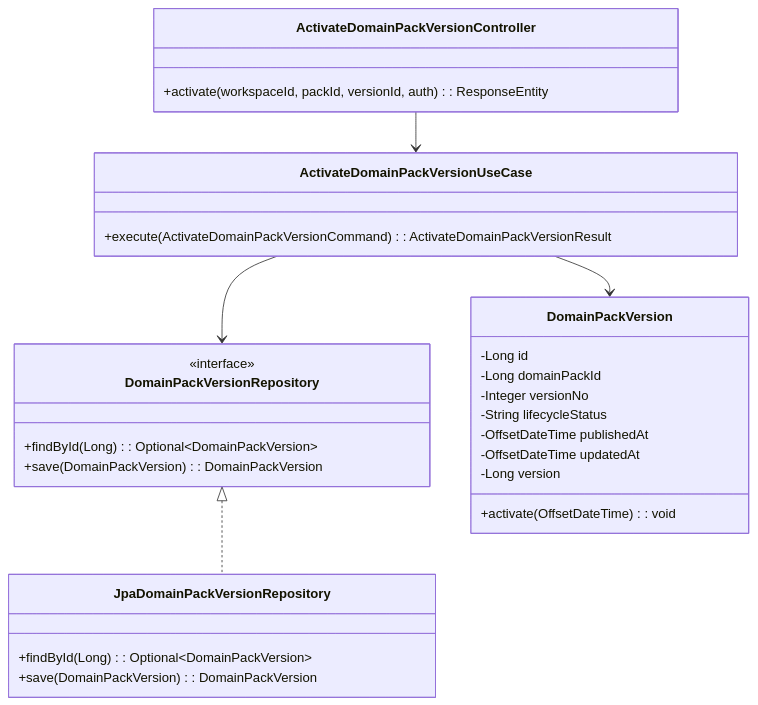
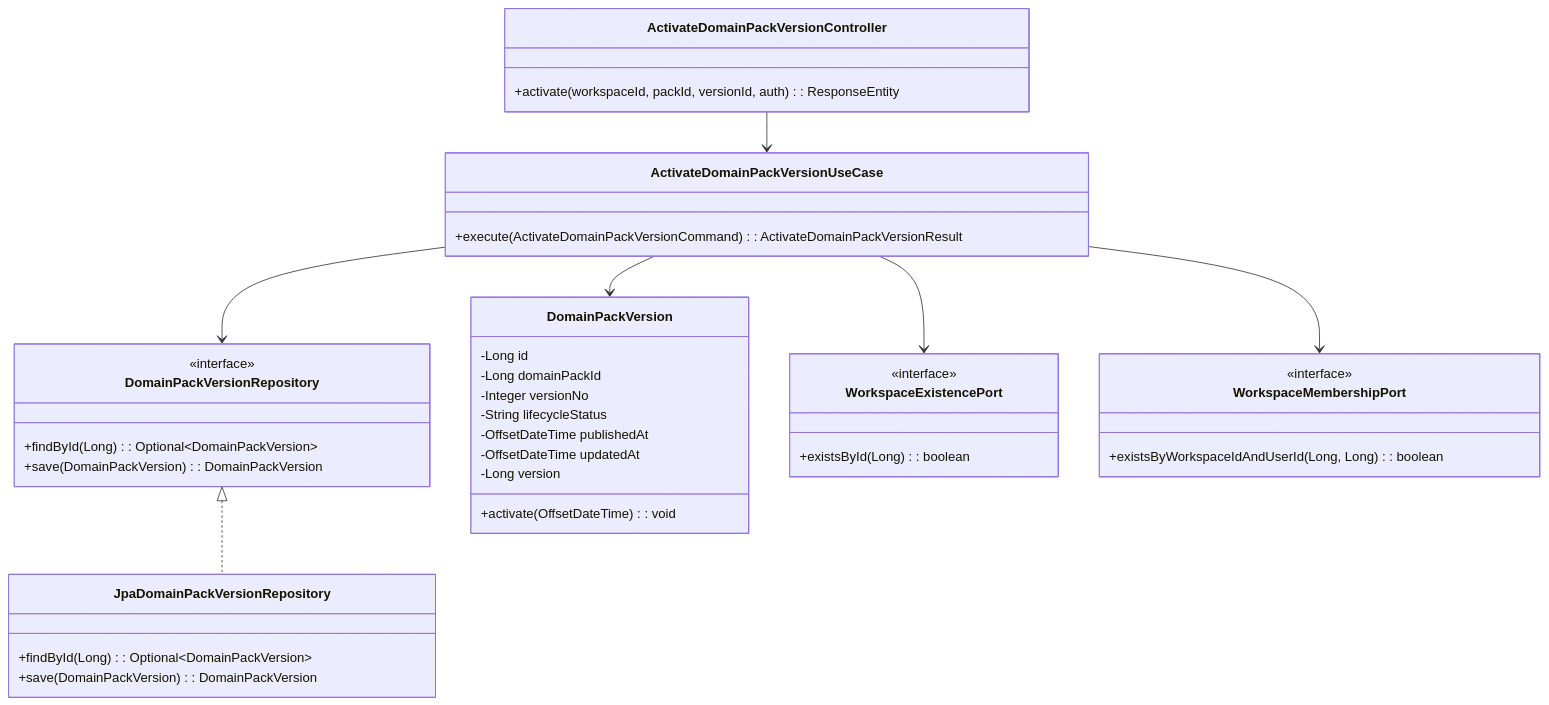
One commit to ajou-2026-1-capstone-5/ostone changed the second of 2 diagrams in .agent/specs/332.md. Above: the diagram before and after it, drawn with Mermaid. The commit also changed other lines of this file, not shown here.

First line of the commit message:
docs(domainpack): add workspace validation to spec-332 sequence, usecase, and tests

````diff
--- a/.agent/specs/332.md
+++ b/.agent/specs/332.md
@@ -143,37 +162,49 @@
 ```mermaid
 classDiagram
     class ActivateDomainPackVersionController {
         +activate(workspaceId, packId, versionId, auth): ResponseEntity
     }
 
     class ActivateDomainPackVersionUseCase {
         +execute(ActivateDomainPackVersionCommand): ActivateDomainPackVersionResult
     }
 
     class DomainPackVersionRepository {
         <<interface>>
         +findById(Long): Optional~DomainPackVersion~
         +save(DomainPackVersion): DomainPackVersion
     }
 
     class DomainPackVersion {
         -Long id
         -Long domainPackId
         -Integer versionNo
         -String lifecycleStatus
         -OffsetDateTime publishedAt
         -OffsetDateTime updatedAt
         -Long version
         +activate(OffsetDateTime): void
     }
 
     class JpaDomainPackVersionRepository {
         +findById(Long): Optional~DomainPackVersion~
         +save(DomainPackVersion): DomainPackVersion
     }
 
+    class WorkspaceExistencePort {
+        <<interface>>
+        +existsById(Long): boolean
+    }
+
+    class WorkspaceMembershipPort {
+        <<interface>>
+        +existsByWorkspaceIdAndUserId(Long, Long): boolean
+    }
+
     ActivateDomainPackVersionController --> ActivateDomainPackVersionUseCase
     ActivateDomainPackVersionUseCase --> DomainPackVersionRepository
     ActivateDomainPackVersionUseCase --> DomainPackVersion
+    ActivateDomainPackVersionUseCase --> WorkspaceExistencePort
+    ActivateDomainPackVersionUseCase --> WorkspaceMembershipPort
     DomainPackVersionRepository <|.. JpaDomainPackVersionRepository
 ```
````
